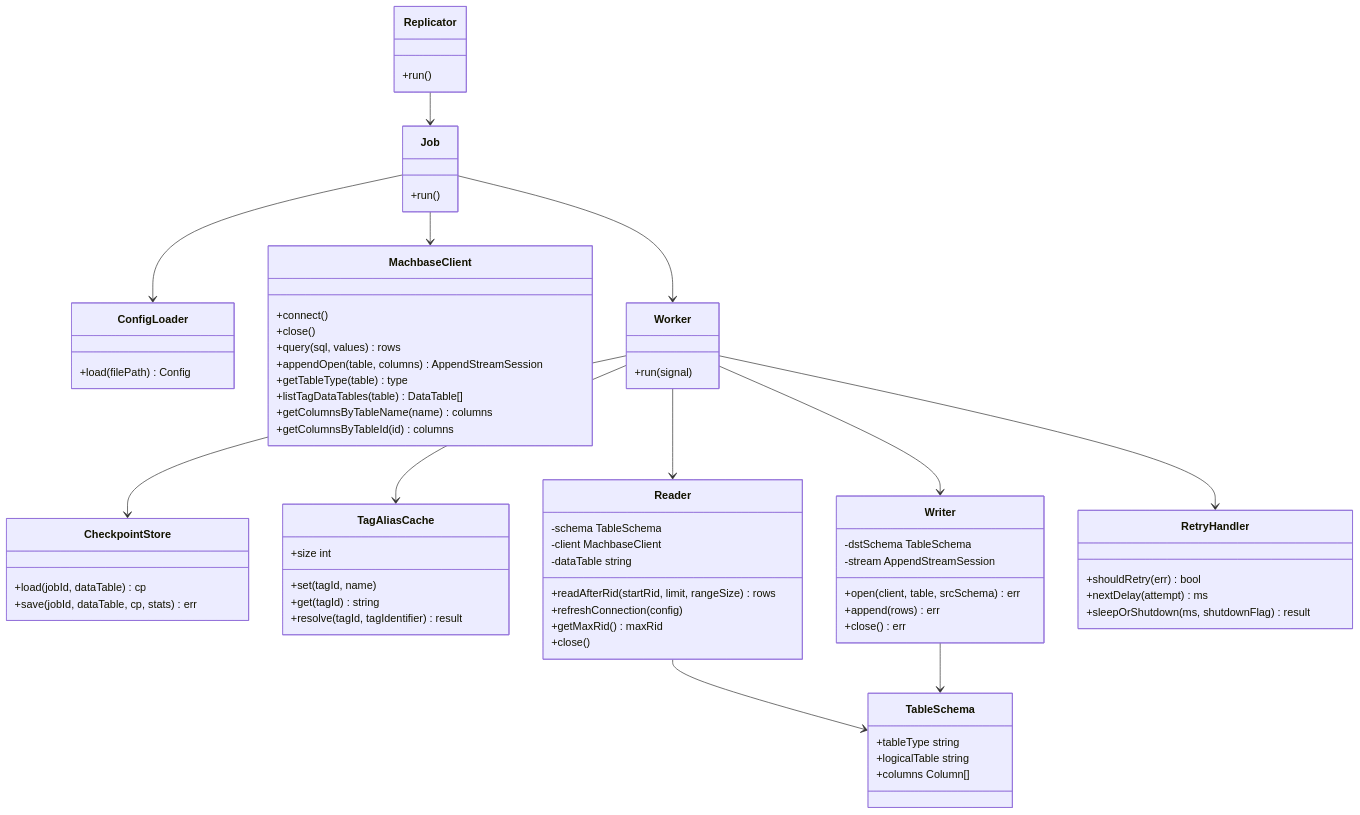
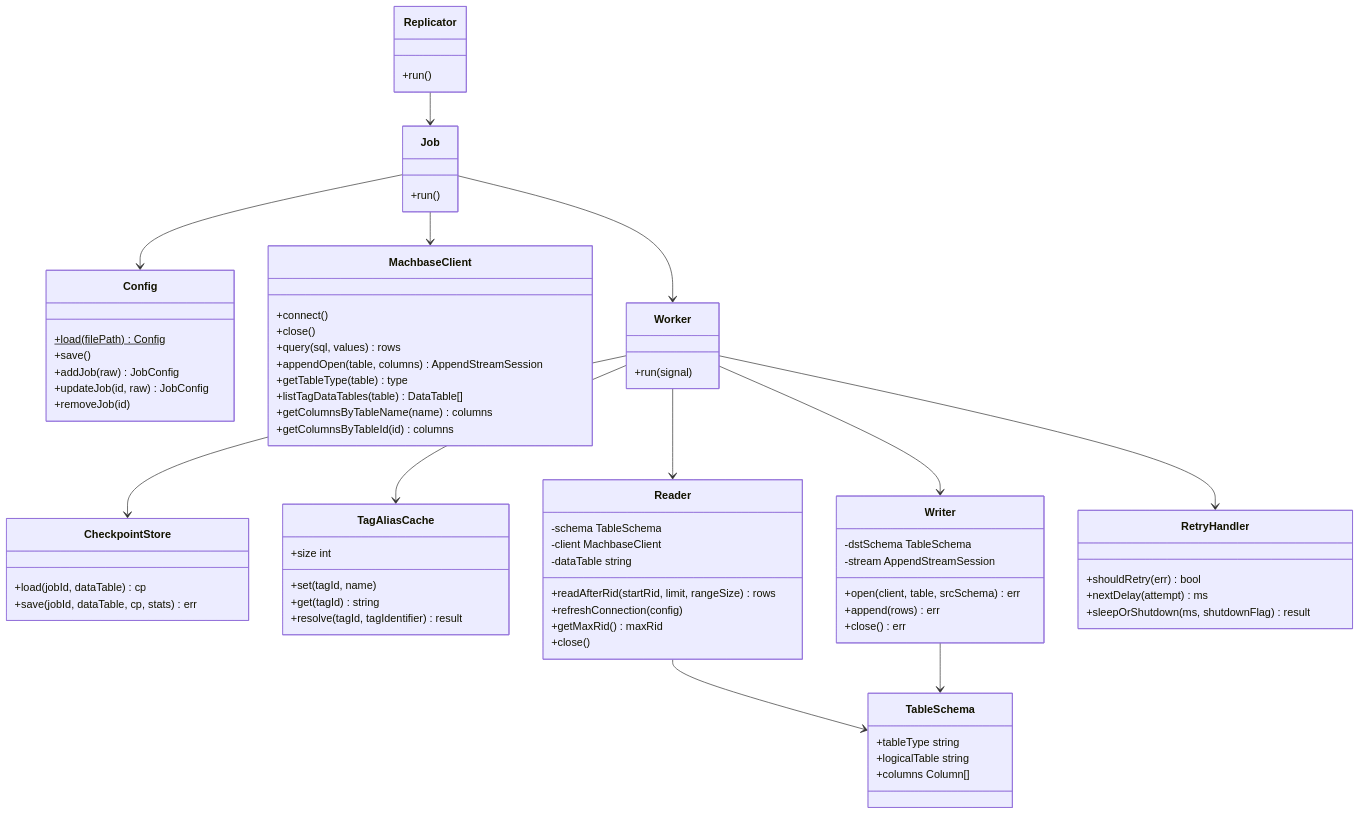
The second of 4 diagrams in docs/PROJECT.md (machbase/neo-pkg-replication), drawn with Mermaid before and after one commit. The commit also changed other lines of this file and 40 other files, not shown here.

````diff
--- a/docs/PROJECT.md
+++ b/docs/PROJECT.md
@@ -856,75 +856,79 @@
 ```mermaid
 classDiagram
-    class ConfigLoader {
-        +load(filePath) Config
+    class Config {
+        +load(filePath) Config$
+        +save()
+        +addJob(raw) JobConfig
+        +updateJob(id, raw) JobConfig
+        +removeJob(id)
     }
     class MachbaseClient {
         +connect()
         +close()
         +query(sql, values) rows
         +appendOpen(table, columns) AppendStreamSession
         +getTableType(table) type
         +listTagDataTables(table) DataTable[]
         +getColumnsByTableName(name) columns
         +getColumnsByTableId(id) columns
     }
     class CheckpointStore {
         +load(jobId, dataTable) cp
         +save(jobId, dataTable, cp, stats) err
     }
     class TableSchema {
         +tableType string
         +logicalTable string
         +columns Column[]
     }
     class TagAliasCache {
         +set(tagId, name)
         +get(tagId) string
         +resolve(tagId, tagIdentifier) result
         +size int
     }
     class Reader {
         -schema TableSchema
         -client MachbaseClient
         -dataTable string
         +readAfterRid(startRid, limit, rangeSize) rows
         +refreshConnection(config)
         +getMaxRid() maxRid
         +close()
     }
     class Writer {
         -dstSchema TableSchema
         -stream AppendStreamSession
         +open(client, table, srcSchema) err
         +append(rows) err
         +close() err
     }
     class RetryHandler {
         +shouldRetry(err) bool
         +nextDelay(attempt) ms
         +sleepOrShutdown(ms, shutdownFlag) result
     }
     class Replicator {
         +run()
     }
     class Job {
         +run()
     }
     class Worker {
         +run(signal)
     }
 
     Replicator --> Job
     Job --> Worker
     Job --> MachbaseClient
-    Job --> ConfigLoader
+    Job --> Config
 
     Worker --> CheckpointStore
     Worker --> Reader
     Worker --> TagAliasCache
     Worker --> Writer
     Worker --> RetryHandler
 
     Reader --> TableSchema
     Writer --> TableSchema
 ```
````
